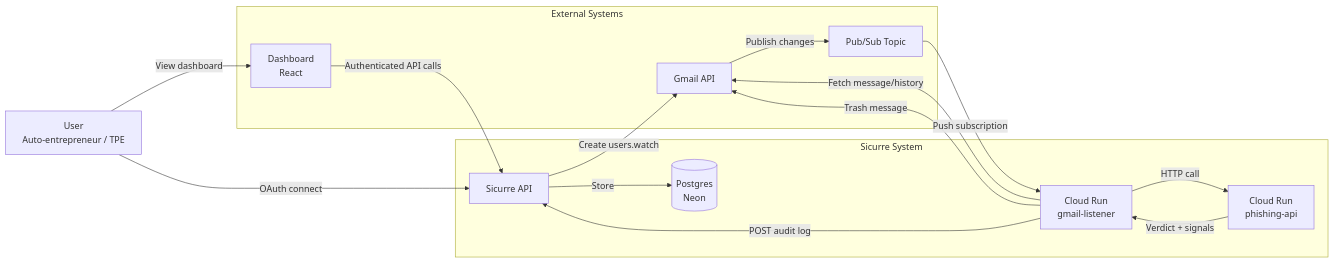
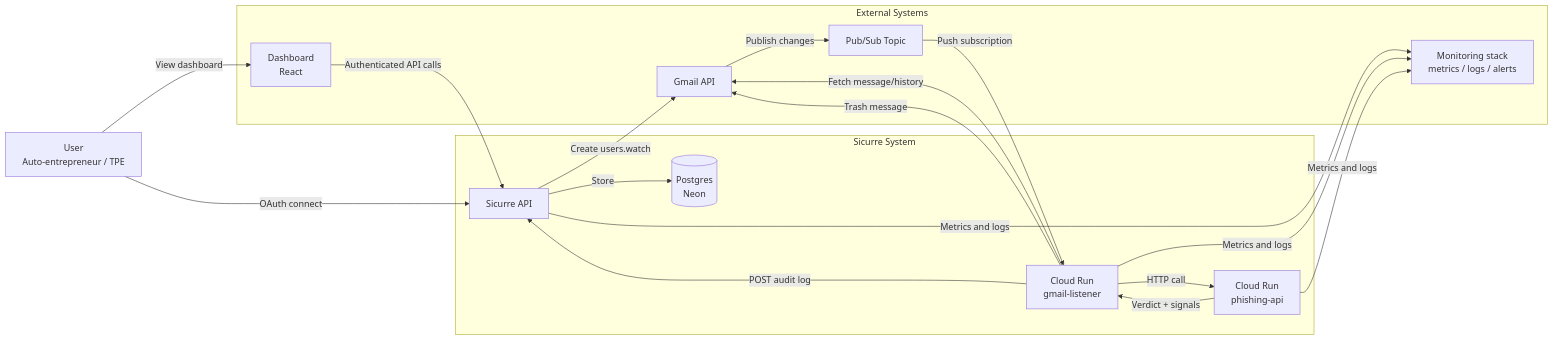
The diagram in docs/architecture/system-context.md (MichAdebayo/sicurre), drawn with Mermaid before and after one commit. The commit also changed 6 other files, not shown here.

Commit message:
feat(docs): enhance architecture and API documentation with delivery bloc details and monitoring design

````diff
--- a/docs/architecture/system-context.md
+++ b/docs/architecture/system-context.md
@@ -3,32 +3,37 @@
 ```mermaid
 flowchart LR
   U[User<br/>Auto-entrepreneur / TPE]
 
   subgraph SIC[Sicurre System]
     API[Sicurre API]
     ING[Cloud Run<br/>gmail-listener]
     CLS[Cloud Run<br/>phishing-api]
     DB[(Postgres<br/>Neon)]
   end
 
   subgraph EXT[External Systems]
     GM[Gmail API]
     PS[Pub/Sub Topic]
     UI[Dashboard<br/>React]
+    MON[Monitoring stack<br/>metrics / logs / alerts]
   end
 
   U -->|OAuth connect| API
   U -->|View dashboard| UI
   UI -->|Authenticated API calls| API
 
   API -->|Create users.watch| GM
   GM -->|Publish changes| PS
   PS -->|Push subscription| ING
 
   ING -->|Fetch message/history| GM
   ING -->|HTTP call| CLS
   CLS -->|Verdict + signals| ING
   ING -->|Trash message| GM
   ING -->|POST audit log| API
   API -->|Store| DB
+
+  API -->|Metrics and logs| MON
+  ING -->|Metrics and logs| MON
+  CLS -->|Metrics and logs| MON
 ```
````
